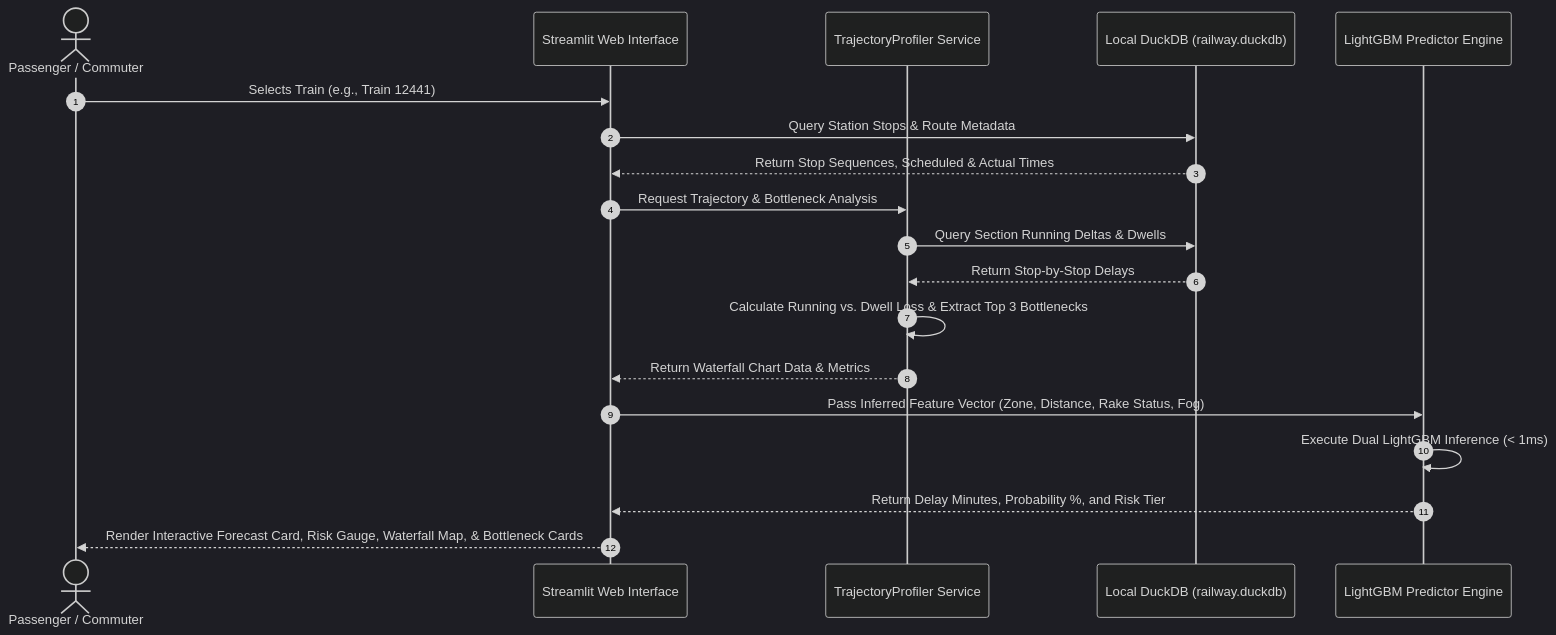
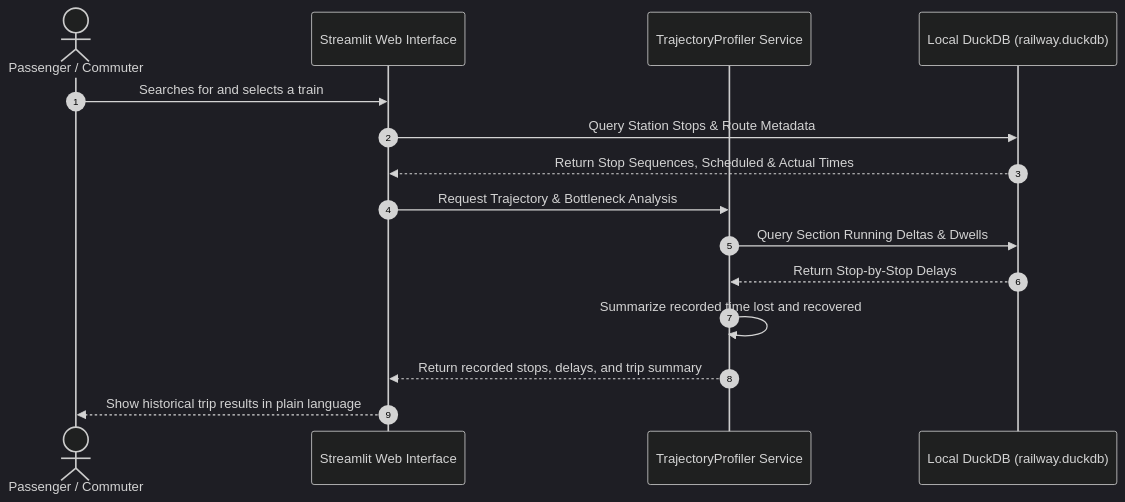
The second of 2 diagrams in docs/ARCHITECTURE_AND_WORKFLOW.md (laluni/Indian-railway-delay-prediction-system), drawn with Mermaid (dark theme) before and after one commit. The commit also changed other lines of this file and 4 other files, not shown here.

````diff
--- a/docs/ARCHITECTURE_AND_WORKFLOW.md
+++ b/docs/ARCHITECTURE_AND_WORKFLOW.md
@@ -122,22 +117,18 @@
 ```mermaid
 sequenceDiagram
     autonumber
     actor User as Passenger / Commuter
     participant UI as Streamlit Web Interface
     participant Profiler as TrajectoryProfiler Service
     participant DB as Local DuckDB (railway.duckdb)
-    participant AI as LightGBM Predictor Engine
 
-    User->>UI: Selects Train (e.g., Train 12441)
+    User->>UI: Searches for and selects a train
     UI->>DB: Query Station Stops & Route Metadata
     DB-->>UI: Return Stop Sequences, Scheduled & Actual Times
     UI->>Profiler: Request Trajectory & Bottleneck Analysis
     Profiler->>DB: Query Section Running Deltas & Dwells
     DB-->>Profiler: Return Stop-by-Stop Delays
-    Profiler->>Profiler: Calculate Running vs. Dwell Loss & Extract Top 3 Bottlenecks
-    Profiler-->>UI: Return Waterfall Chart Data & Metrics
-    UI->>AI: Pass Inferred Feature Vector (Zone, Distance, Rake Status, Fog)
-    AI->>AI: Execute Dual LightGBM Inference (< 1ms)
-    AI-->>UI: Return Delay Minutes, Probability %, and Risk Tier
-    UI-->>User: Render Interactive Forecast Card, Risk Gauge, Waterfall Map, & Bottleneck Cards
+    Profiler->>Profiler: Summarize recorded time lost and recovered
+    Profiler-->>UI: Return recorded stops, delays, and trip summary
+    UI-->>User: Show historical trip results in plain language
 ```
````
